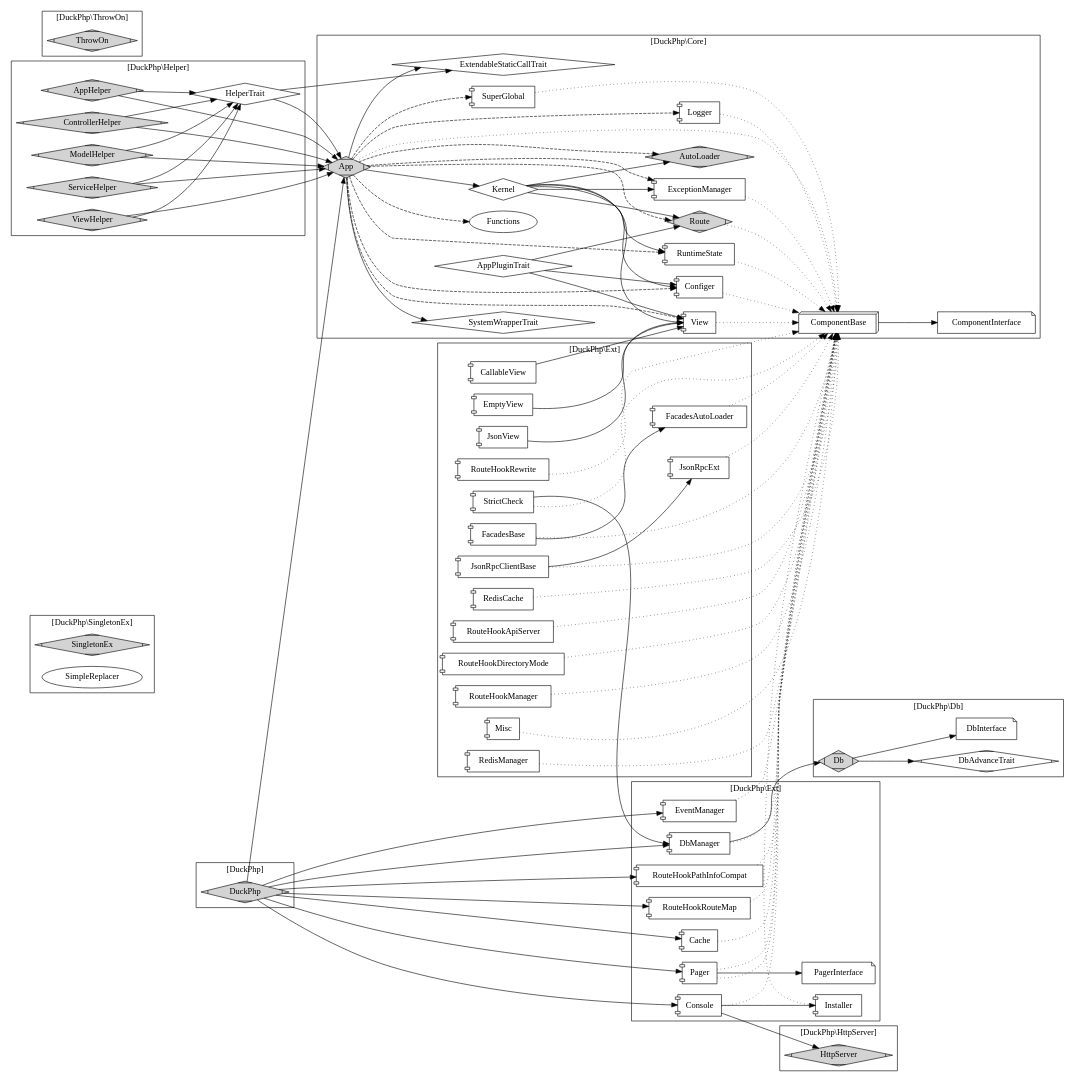
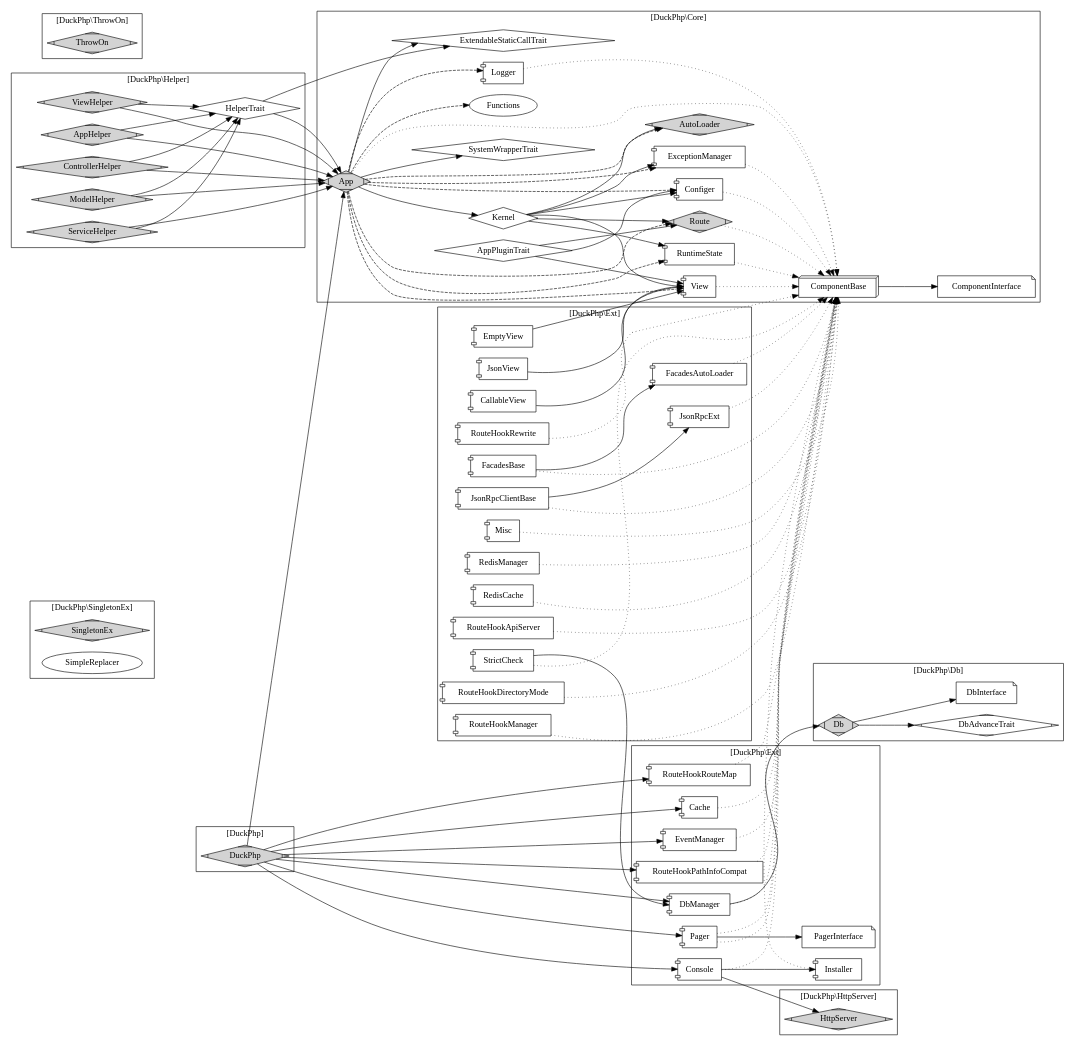
The diagram in doc/duckphp.gv (dvaknheo/duckphp), drawn with Graphviz before and after one commit. The commit also changed 6 other files, not shown here.

```diff
--- a/doc/duckphp.gv
+++ b/doc/duckphp.gv
@@ -24,7 +24,6 @@
     Core_Route [label="Route";shape=Mdiamond;style=filled];
     Core_RuntimeState [label="RuntimeState";shape="component"];
     Core_SystemWrapperTrait [label="SystemWrapperTrait";shape=diamond];
-    Core_SuperGlobal [label="SuperGlobal";shape="component"];
 
     Core_ExtendableStaticCallTrait [label="ExtendableStaticCallTrait";shape=diamond];
     
@@ -51,7 +50,6 @@
     Core_App -> Core_Route [style="dashed"];
     Core_App -> Core_RuntimeState [style="dashed"];
     Core_App -> Core_View [style="dashed"];
-    Core_App -> Core_SuperGlobal [style="dashed"];
     
     Core_App -> Core_Functions [style="dashed"];
     Core_App -> Core_ComponentBase [style="dotted"];
@@ -63,7 +61,6 @@
     Core_ExceptionManager -> Core_ComponentBase [style="dotted"];
     Core_Configer -> Core_ComponentBase [style="dotted"];
     Core_Route -> Core_ComponentBase [style="dotted"];
-    Core_SuperGlobal -> Core_ComponentBase [style="dotted"];
     Core_RuntimeState -> Core_ComponentBase [style="dotted"];
     Core_View -> Core_ComponentBase [style="dotted"];
     Core_Logger -> Core_ComponentBase [style="dotted"];
```
